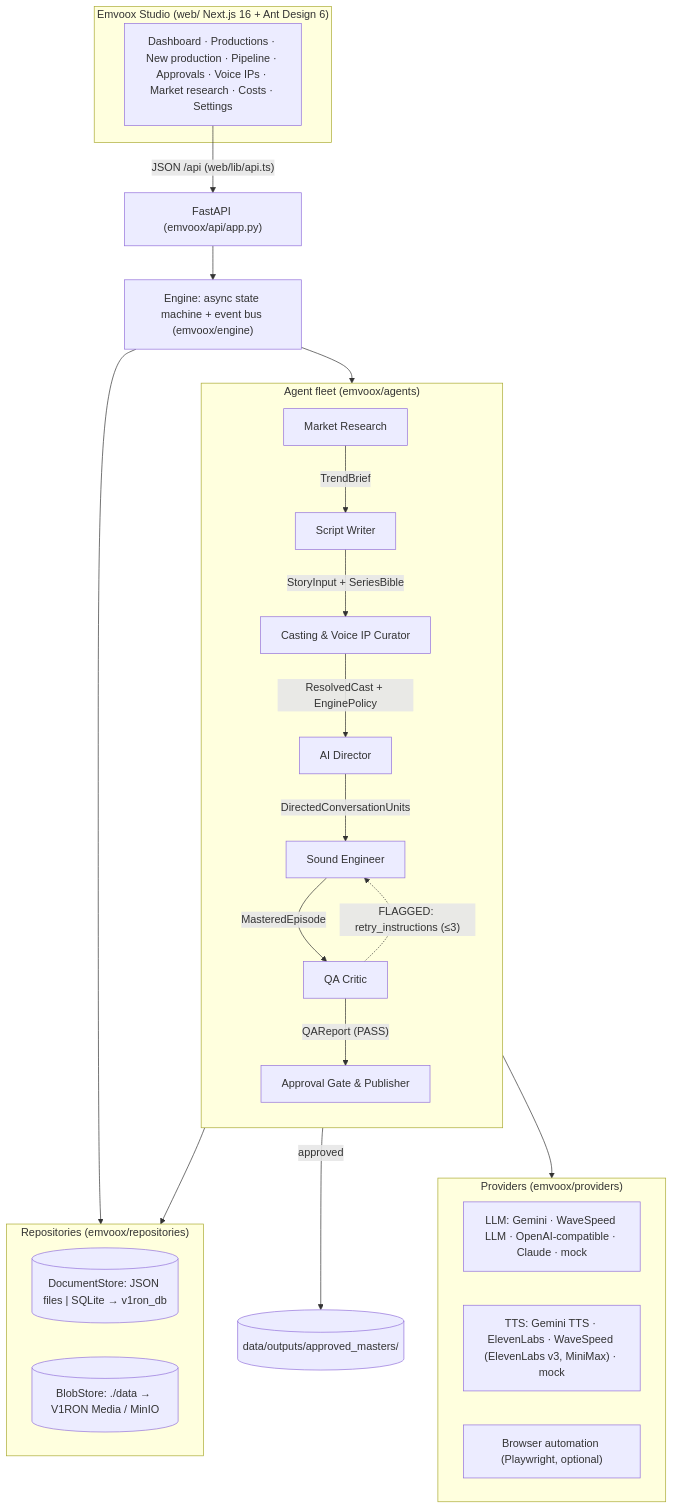
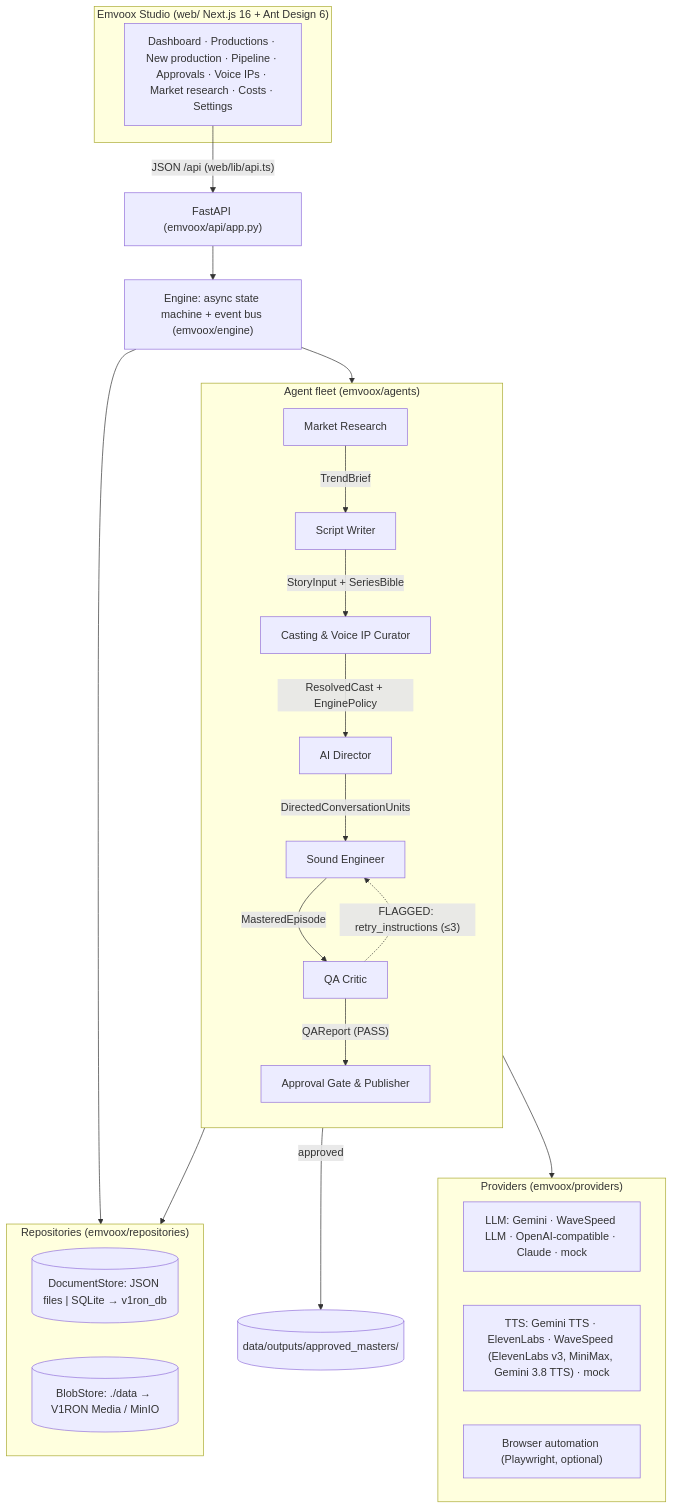
Before and after one commit to dhp-exe/ai-audio: the first of 3 diagrams in docs/ARCHITECTURE.md, drawn with Mermaid. The commit also changed other lines of this file and 78 other files, not shown here.

````diff
--- a/docs/ARCHITECTURE.md
+++ b/docs/ARCHITECTURE.md
@@ -19,35 +19,35 @@
 ```mermaid
 flowchart TB
   subgraph Studio["Emvoox Studio (web/ Next.js 16 + Ant Design 6)"]
     UI["Dashboard · Productions · New production · Pipeline · Approvals · Voice IPs · Market research · Costs · Settings"]
   end
   UI -->|"JSON /api (web/lib/api.ts)"| API["FastAPI (emvoox/api/app.py)"]
   API --> ENG["Engine: async state machine + event bus (emvoox/engine)"]
 
   subgraph Fleet["Agent fleet (emvoox/agents)"]
     direction TB
     MR["Market Research"] -->|TrendBrief| SW["Script Writer"]
     SW -->|"StoryInput + SeriesBible"| CA["Casting & Voice IP Curator"]
     CA -->|"ResolvedCast + EnginePolicy"| DI["AI Director"]
     DI -->|DirectedConversationUnits| SE["Sound Engineer"]
     SE -->|MasteredEpisode| QA["QA Critic"]
     QA -->|"QAReport (PASS)"| PU["Approval Gate & Publisher"]
     QA -.->|"FLAGGED: retry_instructions (≤3)"| SE
   end
   ENG --> Fleet
 
   subgraph Providers["Providers (emvoox/providers)"]
     LLM["LLM: Gemini · WaveSpeed LLM · OpenAI-compatible · Claude · mock"]
-    TTS["TTS: Gemini TTS · ElevenLabs · WaveSpeed (ElevenLabs v3, MiniMax) · mock"]
+    TTS["TTS: Gemini TTS · ElevenLabs · WaveSpeed (ElevenLabs v3, MiniMax, Gemini 3.8 TTS) · mock"]
     BR["Browser automation (Playwright, optional)"]
   end
   Fleet --> Providers
 
   subgraph Data["Repositories (emvoox/repositories)"]
     DS[("DocumentStore: JSON files | SQLite → v1ron_db")]
     BS[("BlobStore: ./data → V1RON Media / MinIO")]
   end
   Fleet --> Data
   ENG --> Data
   PU -->|approved| OUT[("data/outputs/approved_masters/")]
 ```
````
